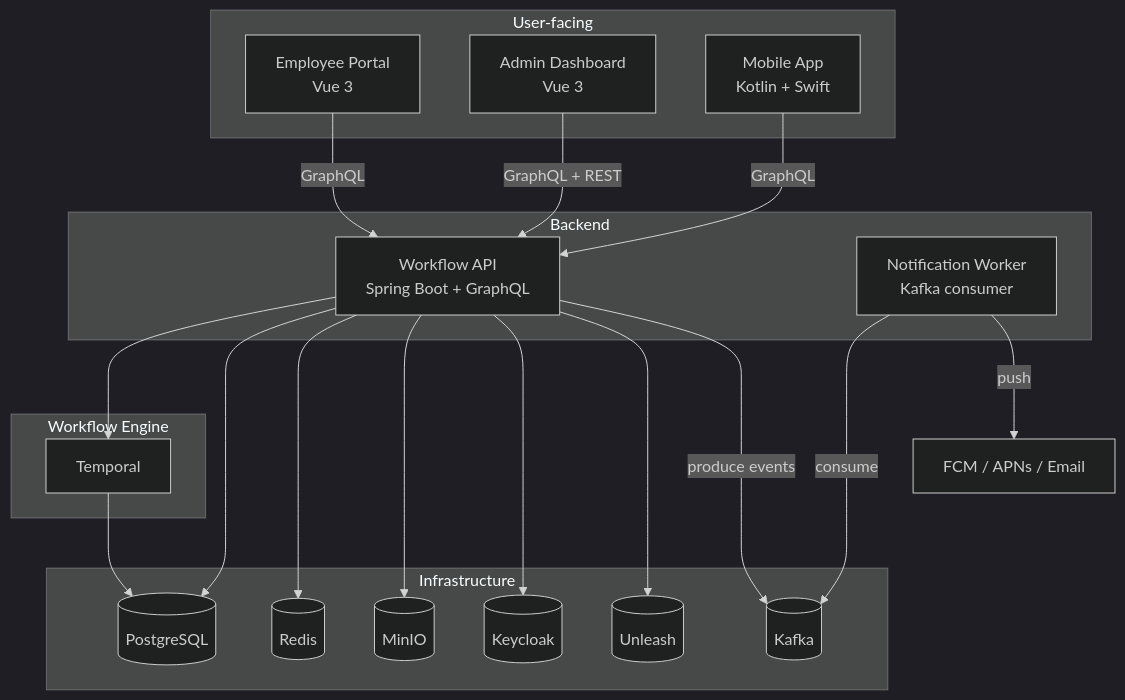
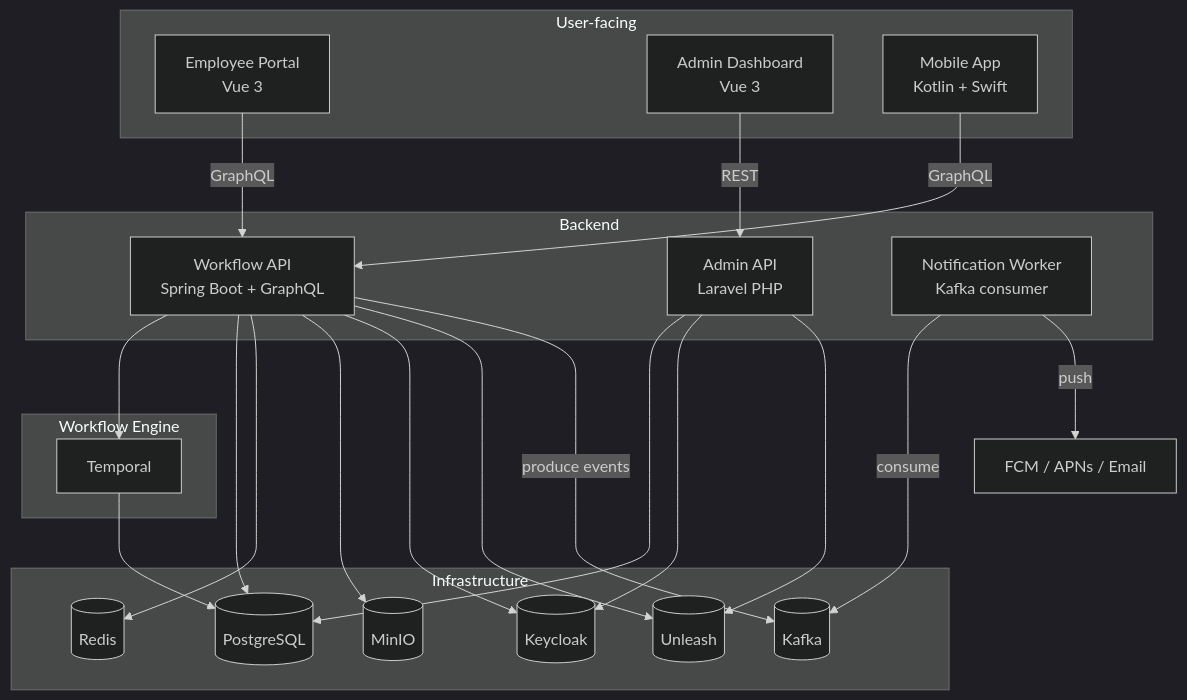
Before and after one commit to Eyolf6Coyote7/Eyolf6Coyote7: the third of 4 diagrams in docs/global_tech_stack.md, drawn with Mermaid (dark theme). The commit also changed other lines of this file, not shown here.

First line of the commit message:
📘docs#32: add PHP (Laravel) as Workflow Admin Panel backend

````diff
--- a/docs/global_tech_stack.md
+++ b/docs/global_tech_stack.md
@@ -188,40 +188,44 @@
 ```mermaid
 graph TD
   subgraph "User-facing"
     EMP[Employee Portal<br/>Vue 3]
     ADM[Admin Dashboard<br/>Vue 3]
     WMOB[Mobile App<br/>Kotlin + Swift]
   end
 
   subgraph "Backend"
     API[Workflow API<br/>Spring Boot + GraphQL]
+    ADM_API[Admin API<br/>Laravel PHP]
     NW[Notification Worker<br/>Kafka consumer]
   end
 
   subgraph "Workflow Engine"
     TMP[Temporal]
   end
 
   subgraph "Infrastructure"
     PG[(PostgreSQL)]
     RD[(Redis)]
     KF[(Kafka)]
     KC[(Keycloak)]
     MIO[(MinIO)]
     UL[(Unleash)]
   end
 
   EMP -->|GraphQL| API
-  ADM -->|GraphQL + REST| API
+  ADM -->|REST| ADM_API
+  ADM_API --> PG
+  ADM_API --> KC
+  ADM_API --> UL
   WMOB -->|GraphQL| API
   API --> TMP
   API --> PG
   API --> RD
   API --> MIO
   API --> KC
   API --> UL
   API -->|produce events| KF
   TMP --> PG
   NW -->|consume| KF
   NW -->|push| FCM[FCM / APNs / Email]
 ```
````
